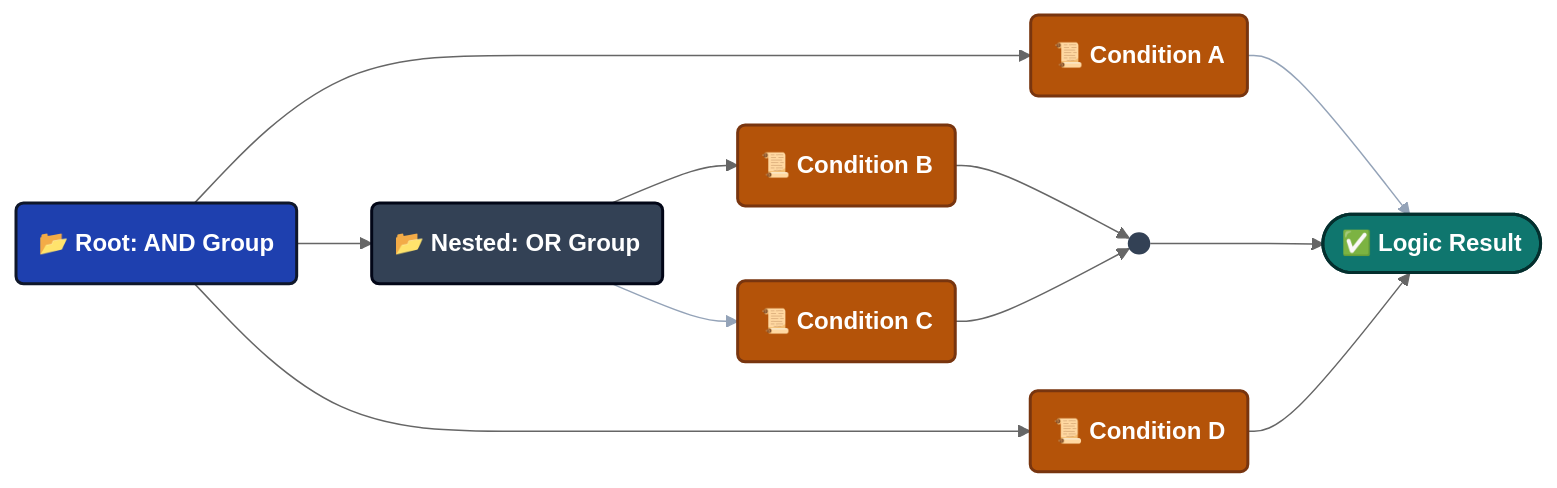
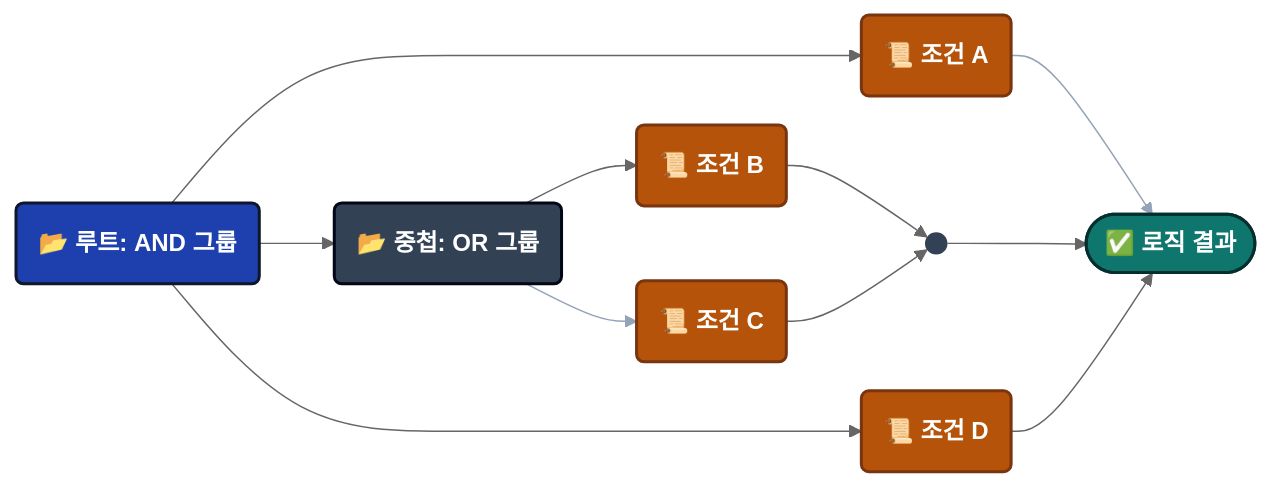
Before and after one commit to tinygiants-tech/TinyGiants: the third of 5 diagrams in i18n/ko/docusaurus-plugin-content-docs/current/game-event-system/visual-workflow/visual-condition-tree.md, drawn with Mermaid (neutral theme). The commit also changed other lines of this file and 81 other files, not shown here.

````diff
--- a/i18n/ko/docusaurus-plugin-content-docs/current/game-event-system/visual-workflow/visual-condition-tree.md
+++ b/i18n/ko/docusaurus-plugin-content-docs/current/game-event-system/visual-workflow/visual-condition-tree.md
@@ -172,26 +172,26 @@
 ```mermaid
 graph LR
 
     classDef root fill:#1e40af,stroke:#0f172a,stroke-width:2px,color:#ffffff,font-weight:bold
     classDef cond fill:#b45309,stroke:#78350f,stroke-width:2px,color:#ffffff
     classDef nested fill:#334155,stroke:#020617,stroke-width:2px,color:#ffffff
     classDef success fill:#0f766e,stroke:#042f2e,stroke-width:2px,color:#ffffff,font-weight:bold
 
-    ROOT(📂 Root: AND Group):::root
+    ROOT(📂 루트: AND 그룹):::root
 
-    ROOT --> A(📜 Condition A):::cond
-    ROOT --> OR(📂 Nested: OR Group):::nested
-    ROOT --> D(📜 Condition D):::cond
+    ROOT --> A(📜 조건 A):::cond
+    ROOT --> OR(📂 중첩: OR 그룹):::nested
+    ROOT --> D(📜 조건 D):::cond
 
-    OR --> B(📜 Condition B):::cond
-    OR --> C(📜 Condition C):::cond
+    OR --> B(📜 조건 B):::cond
+    OR --> C(📜 조건 C):::cond
 
-    A --> RES([✅ Logic Result]):::success
+    A --> RES([✅ 로직 결과]):::success
     B --> OR_OUT(( ))
     C --> OR_OUT
     OR_OUT --> RES
     D --> RES
 
     style OR_OUT fill:#334155,stroke:none
     linkStyle 4,5 stroke:#94a3b8,stroke-width:1px
 ```
````
